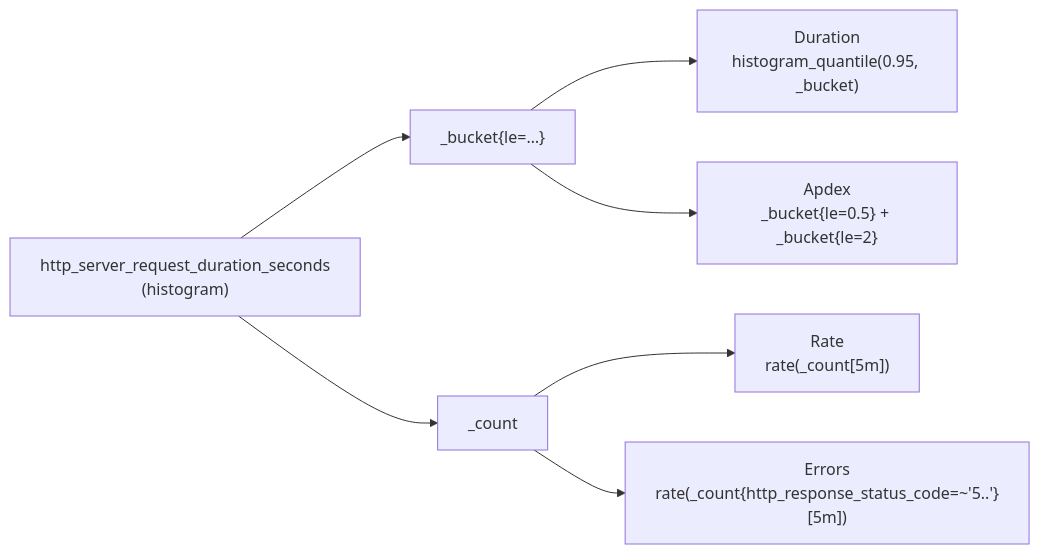
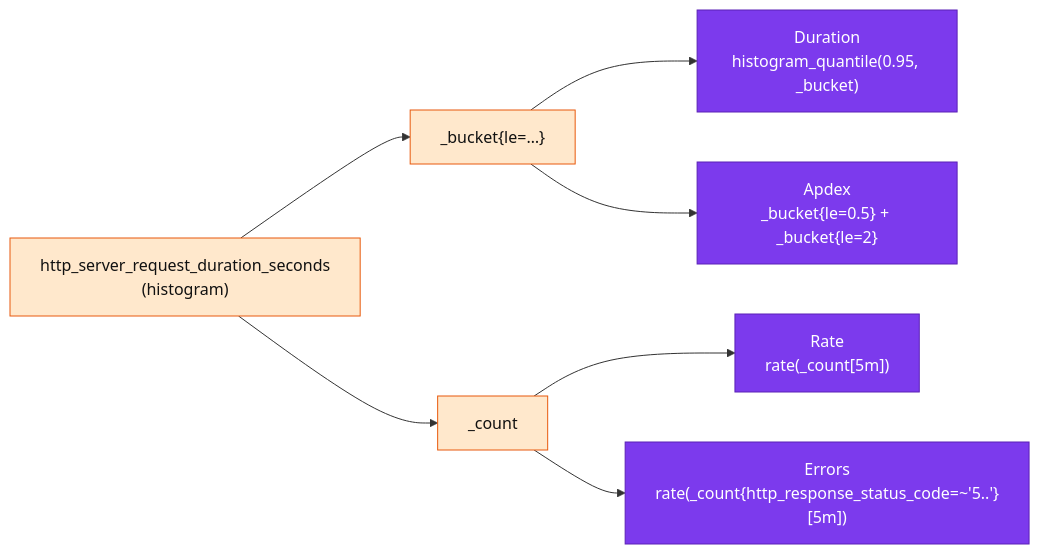
One commit to duynhlab/homelab changed the first of 2 diagrams in docs/observability/metrics/metrics-apps.md. Above: the diagram before and after it, drawn with Mermaid. The commit also changed other lines of this file and 33 other files, not shown here.

First line of the commit message:
Refresh observability diagrams (#516)

````diff
--- a/docs/observability/metrics/metrics-apps.md
+++ b/docs/observability/metrics/metrics-apps.md
@@ -62,9 +62,13 @@
 ```mermaid
 flowchart LR
     H["http_server_request_duration_seconds<br/>(histogram)"] --> B["_bucket{le=…}"]
     H --> C["_count"]
     C --> Rate["Rate<br/>rate(_count[5m])"]
     C --> Errors["Errors<br/>rate(_count{http_response_status_code=~'5..'}[5m])"]
     B --> Duration["Duration<br/>histogram_quantile(0.95, _bucket)"]
     B --> Apdex["Apdex<br/>_bucket{le=0.5} + _bucket{le=2}"]
+    classDef metric fill:#ffe8cc,color:#111,stroke:#e8590c;
+    classDef platform fill:#7c3aed,color:#fff,stroke:#5b21b6;
+    class H,B,C metric;
+    class Rate,Errors,Duration,Apdex platform;
 ```
````
